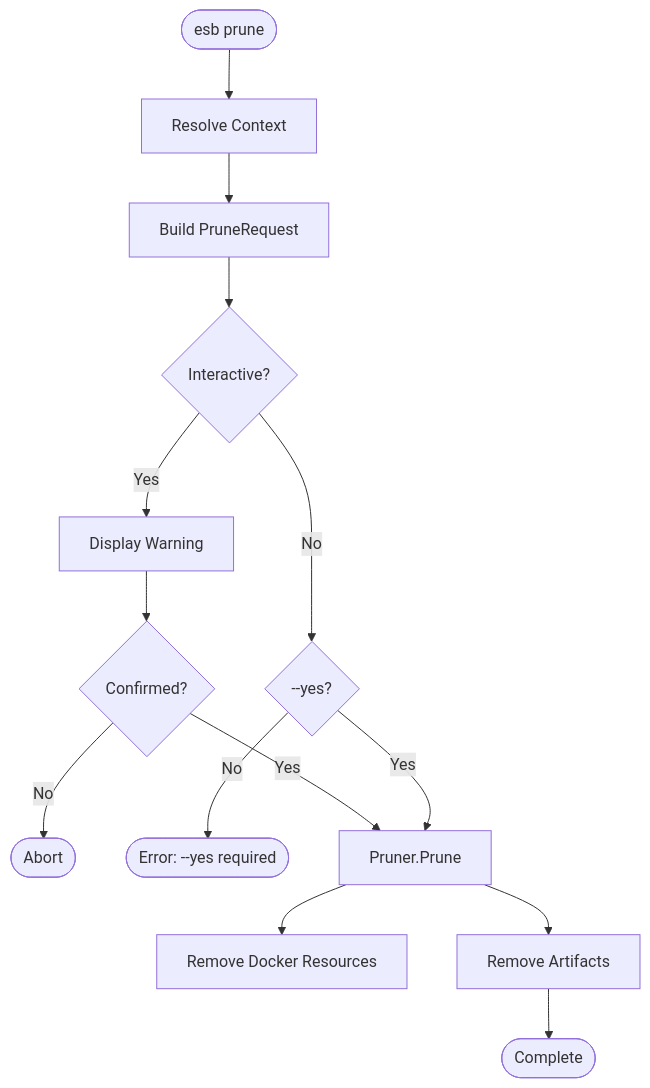
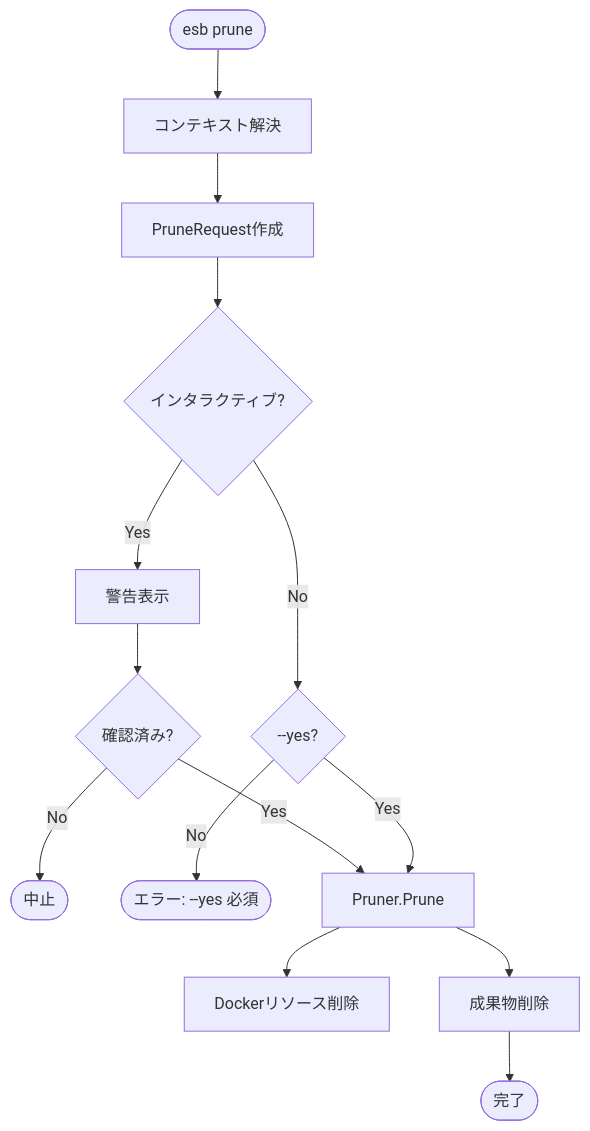
Before and after one commit to poruru-code/esb-cli: the diagram in docs/prune.md, drawn with Mermaid. The commit also changed other lines of this file and 12 other files, not shown here.

First line of the commit message:
Translate CLI documentation to Japanese and fix Mermaid syntax

````diff
--- a/docs/prune.md
+++ b/docs/prune.md
@@ -46,22 +46,22 @@
 ```mermaid
 flowchart TD
-    Start([esb prune]) --> ResolveCtx[Resolve Context]
-    ResolveCtx --> BuildReq[Build PruneRequest]
-    BuildReq --> Interactive{Interactive?}
+    Start([esb prune]) --> ResolveCtx[コンテキスト解決]
+    ResolveCtx --> BuildReq[PruneRequest作成]
+    BuildReq --> Interactive{インタラクティブ?}
 
-    Interactive -- Yes --> Warning[Display Warning]
-    Warning --> Confirm{Confirmed?}
-    Confirm -- No --> Abort([Abort])
+    Interactive -- Yes --> Warning[警告表示]
+    Warning --> Confirm{確認済み?}
+    Confirm -- No --> Abort([中止])
 
     Interactive -- No --> CheckYes{--yes?}
-    CheckYes -- No --> Error([Error: --yes required])
+    CheckYes -- No --> Error([エラー: --yes 必須])
 
     Confirm -- Yes --> PruneExec
     CheckYes -- Yes --> PruneExec
 
     PruneExec[Pruner.Prune]
-    PruneExec --> Docker[Remove Docker Resources]
-    PruneExec --> FS[Remove Artifacts]
+    PruneExec --> Docker[Dockerリソース削除]
+    PruneExec --> FS[成果物削除]
 
-    FS --> Finish([Complete])
+    FS --> Finish([完了])
 ```
````
